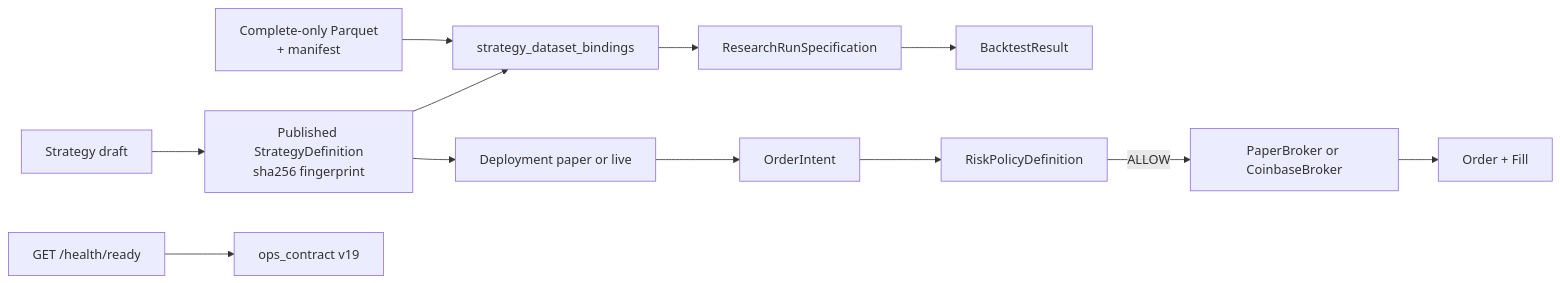
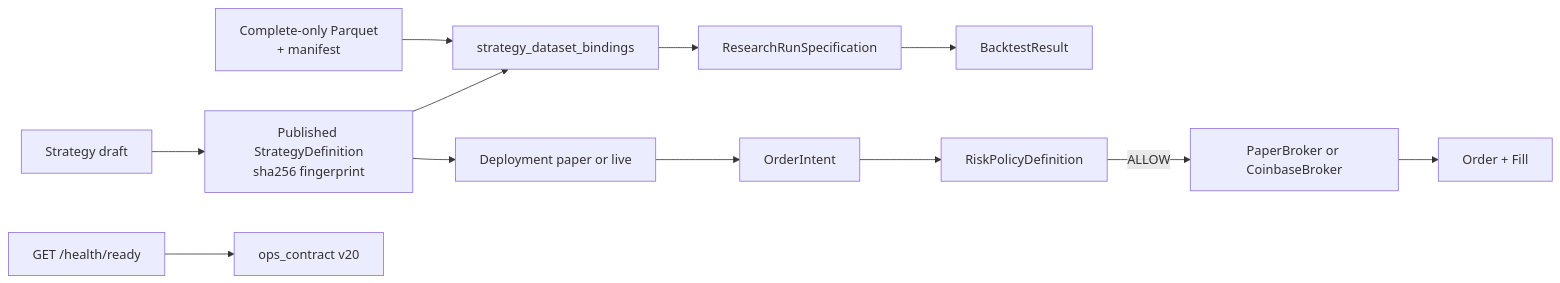
One commit to Zoltesh/thytrader changed the diagram in docs/architecture/contracts/README.md. Above: the diagram before and after it, drawn with Mermaid. The commit also changed other lines of this file and 64 other files, not shown here.

````diff
--- a/docs/architecture/contracts/README.md
+++ b/docs/architecture/contracts/README.md
@@ -20,14 +20,14 @@
 ```mermaid
 flowchart LR
   Draft["Strategy draft"] --> Published["Published StrategyDefinition\nsha256 fingerprint"]
   Dataset["Complete-only Parquet\n+ manifest"] --> Binding["strategy_dataset_bindings"]
   Published --> Binding
   Binding --> RunSpec["ResearchRunSpecification"]
   RunSpec --> Result["BacktestResult"]
   Published --> Deploy["Deployment paper or live"]
   Deploy --> Intent["OrderIntent"]
   Intent --> Risk["RiskPolicyDefinition"]
   Risk -->|ALLOW| Broker["PaperBroker or CoinbaseBroker"]
   Broker --> Order["Order + Fill"]
-  Health["GET /health/ready"] --> Ops["ops_contract v19"]
+  Health["GET /health/ready"] --> Ops["ops_contract v20"]
 ```
````
